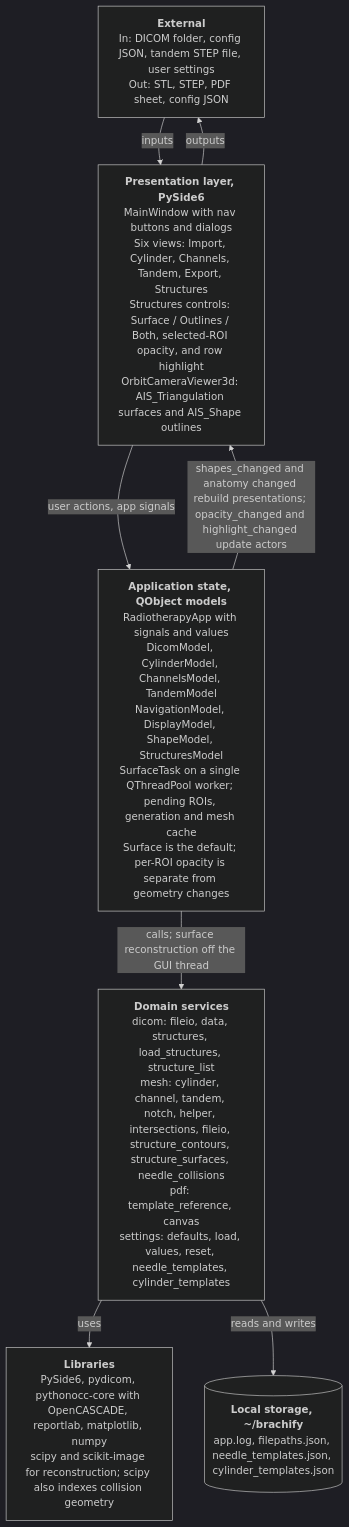
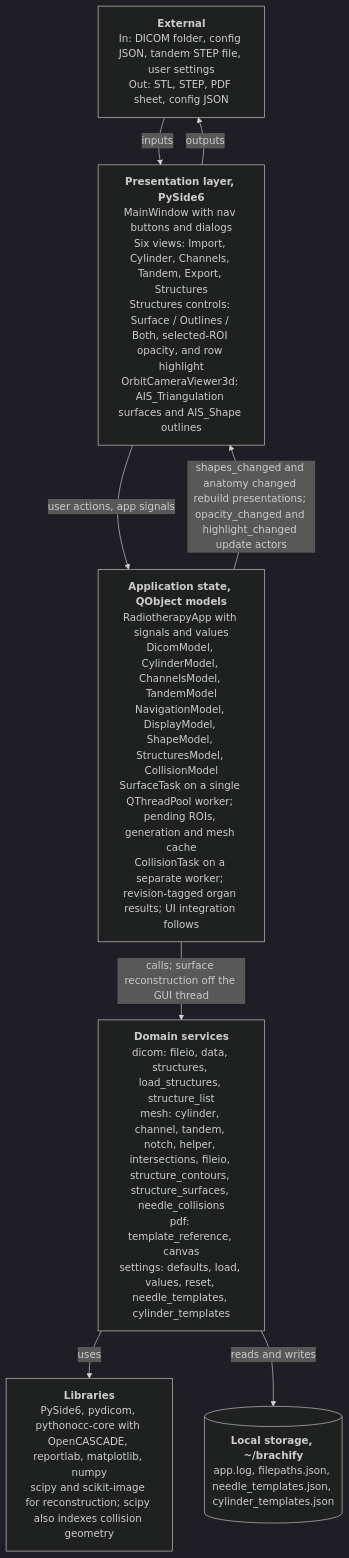
One commit to COSC-499-W2026/capstone-project-team-10 changed the diagram in docs/architecture/diagrams/system-architecture.mmd. Above: the diagram before and after it, drawn with Mermaid (dark theme). The commit also changed 5 other files, not shown here.

Commit message:
feat: track organ collisions in a background worker

```diff
--- a/docs/architecture/diagrams/system-architecture.mmd
+++ b/docs/architecture/diagrams/system-architecture.mmd
@@ -1,17 +1,17 @@
 %% title: System architecture
 %% alt: System architecture of brachify, a layered desktop application with a presentation layer, application state, domain services, third party libraries and local storage
 flowchart TB
   ext["<b>External</b><br/>In: DICOM folder, config JSON, tandem STEP file, user settings<br/>Out: STL, STEP, PDF sheet, config JSON"]
   pres["<b>Presentation layer, PySide6</b><br/>MainWindow with nav buttons and dialogs<br/>Six views: Import, Cylinder, Channels, Tandem, Export, Structures<br/>Structures controls: Surface / Outlines / Both, selected-ROI opacity, and row highlight<br/>OrbitCameraViewer3d: AIS_Triangulation surfaces and AIS_Shape outlines"]
-  state["<b>Application state, QObject models</b><br/>RadiotherapyApp with signals and values<br/>DicomModel, CylinderModel, ChannelsModel, TandemModel<br/>NavigationModel, DisplayModel, ShapeModel, StructuresModel<br/>SurfaceTask on a single QThreadPool worker; pending ROIs, generation and mesh cache<br/>Surface is the default; per-ROI opacity is separate from geometry changes"]
+  state["<b>Application state, QObject models</b><br/>RadiotherapyApp with signals and values<br/>DicomModel, CylinderModel, ChannelsModel, TandemModel<br/>NavigationModel, DisplayModel, ShapeModel, StructuresModel, CollisionModel<br/>SurfaceTask on a single QThreadPool worker; pending ROIs, generation and mesh cache<br/>CollisionTask on a separate worker; revision-tagged organ results; UI integration follows"]
   domain["<b>Domain services</b><br/>dicom: fileio, data, structures, load_structures, structure_list<br/>mesh: cylinder, channel, tandem, notch, helper, intersections, fileio, structure_contours, structure_surfaces, needle_collisions<br/>pdf: template_reference, canvas<br/>settings: defaults, load, values, reset, needle_templates, cylinder_templates"]
   lib["<b>Libraries</b><br/>PySide6, pydicom, pythonocc-core with OpenCASCADE, reportlab, matplotlib, numpy<br/>scipy and scikit-image for reconstruction; scipy also indexes collision geometry"]
   disk[("<b>Local storage, ~/brachify</b><br/>app.log, filepaths.json, needle_templates.json, cylinder_templates.json")]
 
   ext -->|"inputs"| pres
   pres -->|"outputs"| ext
   pres -->|"user actions, app signals"| state
   state -->|"shapes_changed and anatomy changed rebuild presentations; opacity_changed and highlight_changed update actors"| pres
   state -->|"calls; surface reconstruction off the GUI thread"| domain
   domain -->|"uses"| lib
   domain -->|"reads and writes"| disk
```
